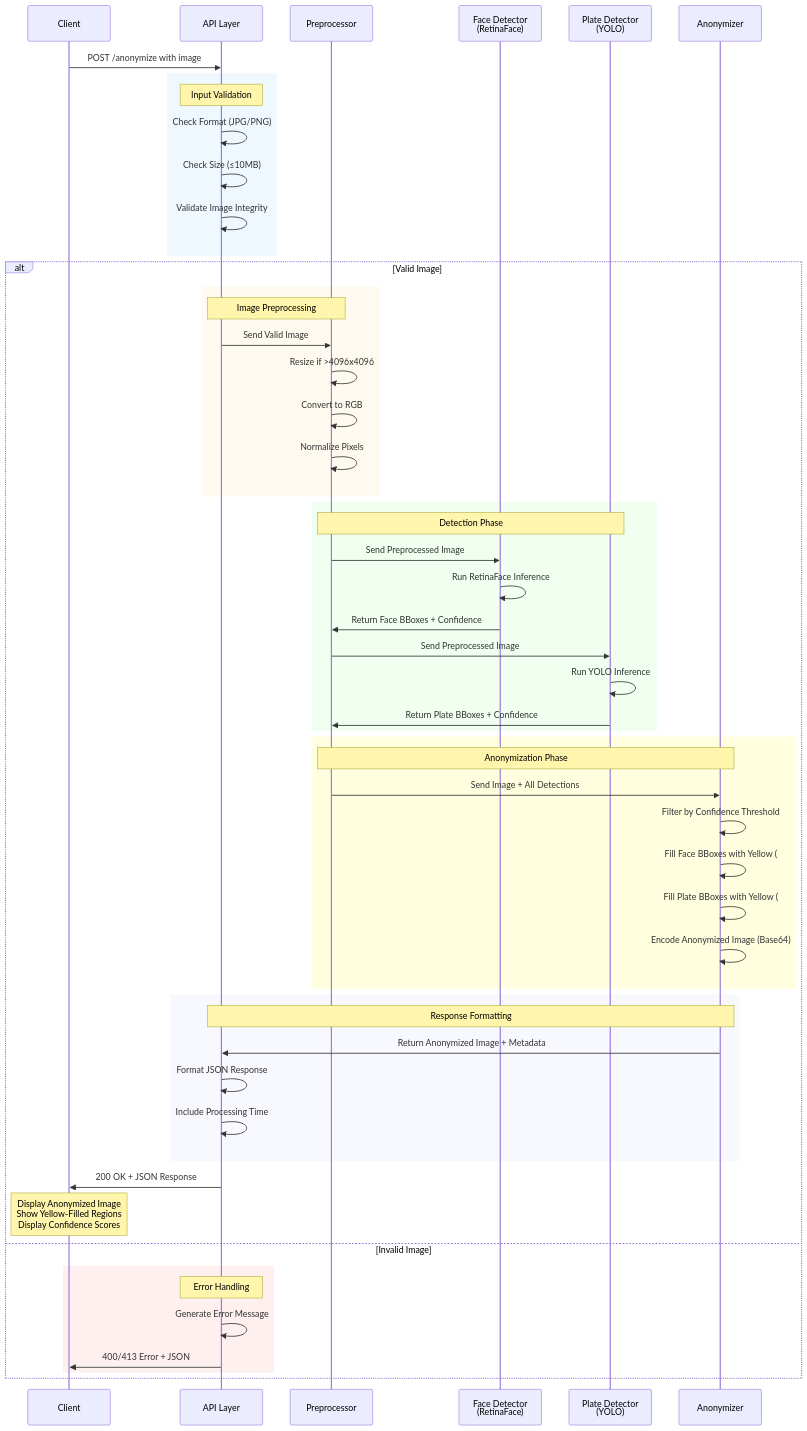
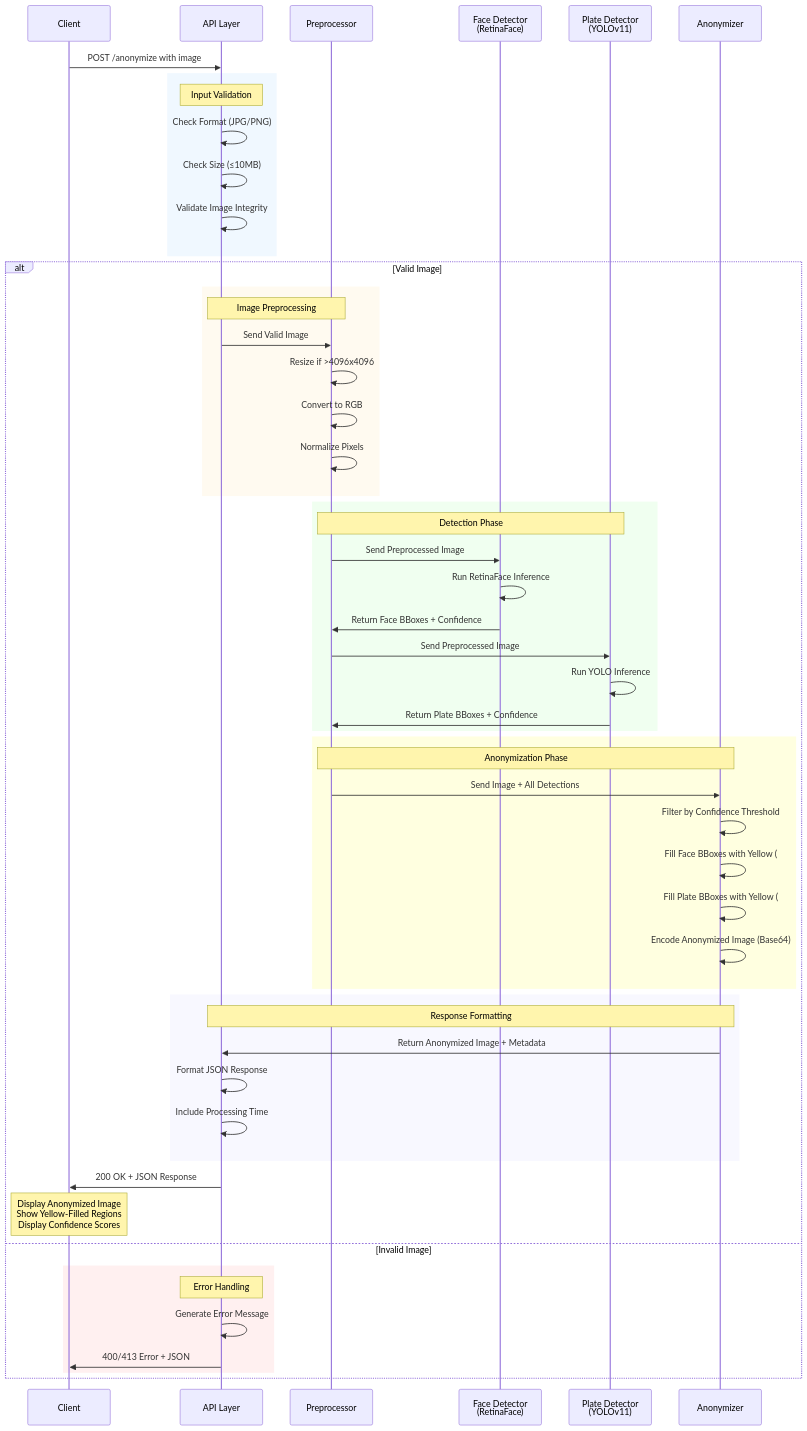
The second of 3 diagrams in docs/ARCHITECTURE.md (FidFenix/htw-emerging-photo), drawn with Mermaid before and after one commit. The commit also changed other lines of this file and 37 other files, not shown here.

````diff
--- a/docs/ARCHITECTURE.md
+++ b/docs/ARCHITECTURE.md
@@ -305,65 +306,65 @@
 ```mermaid
 sequenceDiagram
     participant Client
     participant API as API Layer
     participant Preprocessor
     participant FaceDetector as Face Detector<br/>(RetinaFace)
-    participant PlateDetector as Plate Detector<br/>(YOLO)
+    participant PlateDetector as Plate Detector<br/>(YOLOv11)
     participant Anonymizer
     
     Client->>API: POST /anonymize with image
     
     rect rgb(240, 248, 255)
         Note over API: Input Validation
         API->>API: Check Format (JPG/PNG)
         API->>API: Check Size (≤10MB)
         API->>API: Validate Image Integrity
     end
     
     alt Valid Image
         rect rgb(255, 250, 240)
             Note over API,Preprocessor: Image Preprocessing
             API->>Preprocessor: Send Valid Image
             Preprocessor->>Preprocessor: Resize if >4096x4096
             Preprocessor->>Preprocessor: Convert to RGB
             Preprocessor->>Preprocessor: Normalize Pixels
         end
         
         rect rgb(240, 255, 240)
             Note over Preprocessor,PlateDetector: Detection Phase
             Preprocessor->>FaceDetector: Send Preprocessed Image
             FaceDetector->>FaceDetector: Run RetinaFace Inference
             FaceDetector->>Preprocessor: Return Face BBoxes + Confidence
             
             Preprocessor->>PlateDetector: Send Preprocessed Image
             PlateDetector->>PlateDetector: Run YOLO Inference
             PlateDetector->>Preprocessor: Return Plate BBoxes + Confidence
         end
         
         rect rgb(255, 255, 224)
             Note over Preprocessor,Anonymizer: Anonymization Phase
             Preprocessor->>Anonymizer: Send Image + All Detections
             Anonymizer->>Anonymizer: Filter by Confidence Threshold
             Anonymizer->>Anonymizer: Fill Face BBoxes with Yellow (#FFFF00)
             Anonymizer->>Anonymizer: Fill Plate BBoxes with Yellow (#FFFF00)
             Anonymizer->>Anonymizer: Encode Anonymized Image (Base64)
         end
         
         rect rgb(248, 248, 255)
             Note over Anonymizer,API: Response Formatting
             Anonymizer->>API: Return Anonymized Image + Metadata
             API->>API: Format JSON Response
             API->>API: Include Processing Time
         end
         
         API->>Client: 200 OK + JSON Response
         Note over Client: Display Anonymized Image<br/>Show Yellow-Filled Regions<br/>Display Confidence Scores
         
     else Invalid Image
         rect rgb(255, 240, 240)
             Note over API: Error Handling
             API->>API: Generate Error Message
             API->>Client: 400/413 Error + JSON
         end
     end
 ```
````
